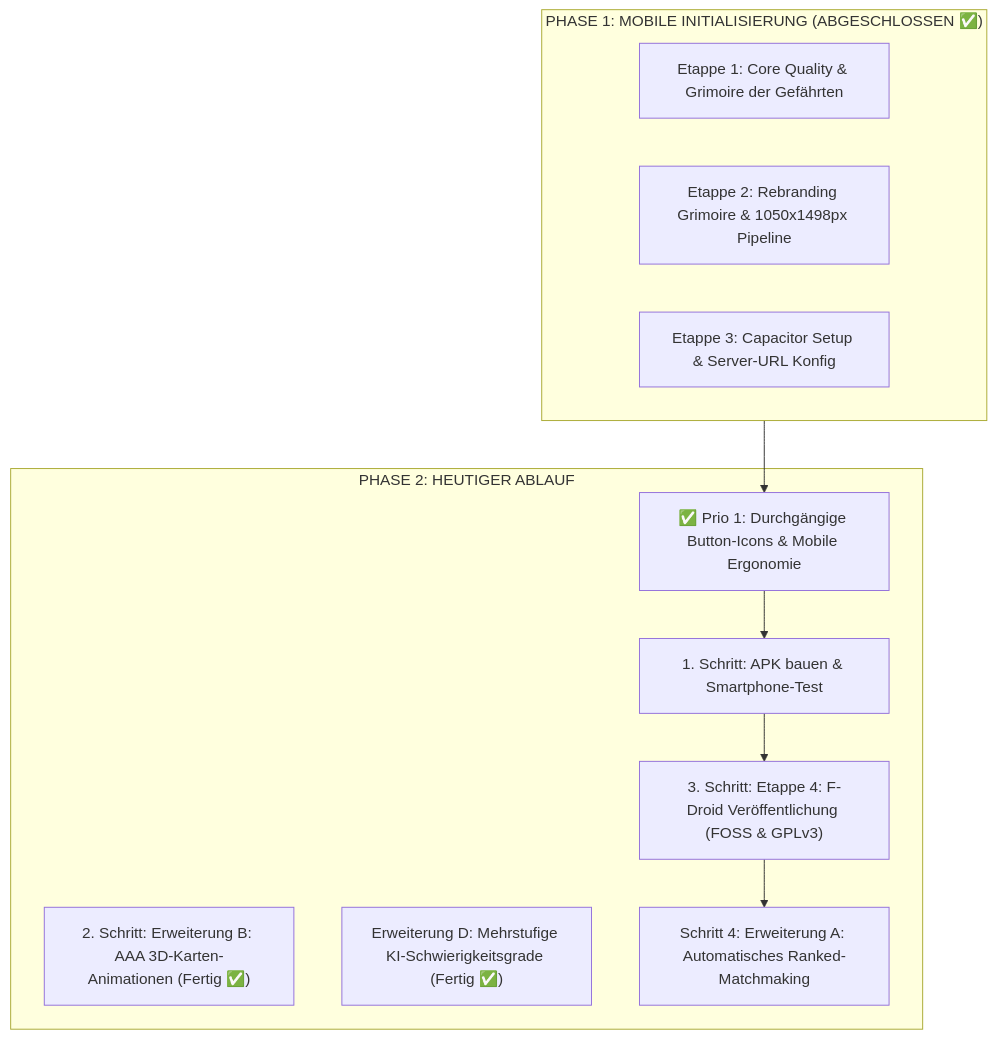
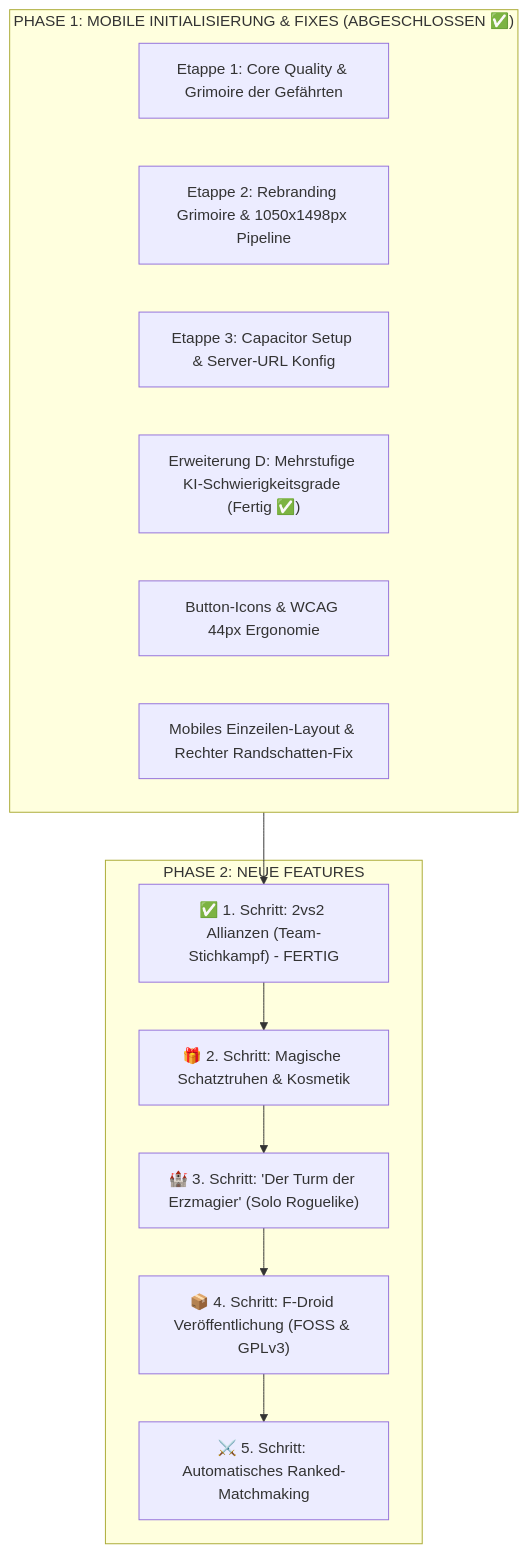
One commit to Apfeltaeschchen/wizard-game changed the diagram in ROADMAP.md. Above: the diagram before and after it, drawn with Mermaid. The commit also changed other lines of this file and 31 other files, not shown here.

````diff
--- a/ROADMAP.md
+++ b/ROADMAP.md
@@ -46,19 +54,21 @@
 ```mermaid
 flowchart TD
-    subgraph P1["PHASE 1: MOBILE INITIALISIERUNG (ABGESCHLOSSEN ✅)"]
+    subgraph P1["PHASE 1: MOBILE INITIALISIERUNG & FIXES (ABGESCHLOSSEN ✅)"]
         E3_1["Etappe 1: Core Quality & Grimoire der Gefährten"]
         E3_2["Etappe 2: Rebranding Grimoire & 1050x1498px Pipeline"]
         E3_3["Etappe 3: Capacitor Setup & Server-URL Konfig"]
+        S2D["Erweiterung D: Mehrstufige KI-Schwierigkeitsgrade (Fertig ✅)"]
+        P_ICONS["Button-Icons & WCAG 44px Ergonomie"]
+        P_MOB["Mobiles Einzeilen-Layout & Rechter Randschatten-Fix"]
     end
 
-    subgraph P2["PHASE 2: HEUTIGER ABLAUF"]
-        P_ICONS["✅ Prio 1: Durchgängige Button-Icons & Mobile Ergonomie"]
-        S1["1. Schritt: APK bauen & Smartphone-Test"]
-        S2["2. Schritt: Erweiterung B: AAA 3D-Karten-Animationen (Fertig ✅)"]
-        S2D["Erweiterung D: Mehrstufige KI-Schwierigkeitsgrade (Fertig ✅)"]
-        S3["3. Schritt: Etappe 4: F-Droid Veröffentlichung (FOSS & GPLv3)"]
-        S2A["Schritt 4: Erweiterung A: Automatisches Ranked-Matchmaking"]
+    subgraph P2["PHASE 2: NEUE FEATURES"]
+        S_2V2["✅ 1. Schritt: 2vs2 Allianzen (Team-Stichkampf) - FERTIG"]
+        S_LOOT["🎁 2. Schritt: Magische Schatztruhen & Kosmetik"]
+        S_TOWER["🏰 3. Schritt: 'Der Turm der Erzmagier' (Solo Roguelike)"]
+        S_FDROID["📦 4. Schritt: F-Droid Veröffentlichung (FOSS & GPLv3)"]
+        S_RANKED["⚔️ 5. Schritt: Automatisches Ranked-Matchmaking"]
     end
 
-    P1 --> P_ICONS --> S1 --> S3 --> S2A
+    P1 --> S_2V2 --> S_LOOT --> S_TOWER --> S_FDROID --> S_RANKED
 ```
````
